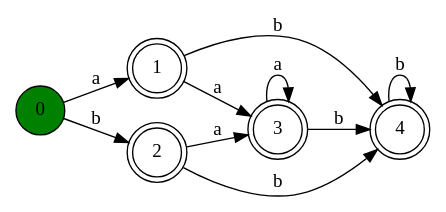
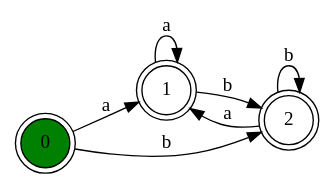
The diagram in dot.dot (titusse3/glushkov-automata), drawn with Graphviz before and after one commit. The commit also changed 3 other files, not shown here.

```diff
--- a/dot.dot
+++ b/dot.dot
@@ -1,27 +1,18 @@
 digraph {
     graph [rankdir=LR];
-    0 [shape=circle
+    0 [shape=doublecircle
       ,fillcolor=green
       ,style=filled];
     1 [shape=doublecircle
       ,fillcolor=white
       ,style=filled];
     2 [shape=doublecircle
       ,fillcolor=white
       ,style=filled];
-    3 [shape=doublecircle
-      ,fillcolor=white
-      ,style=filled];
-    4 [shape=doublecircle
-      ,fillcolor=white
-      ,style=filled];
     0 -> 1 [label=a];
     0 -> 2 [label=b];
-    1 -> 3 [label=a];
-    1 -> 4 [label=b];
-    2 -> 3 [label=a];
-    2 -> 4 [label=b];
-    3 -> 3 [label=a];
-    3 -> 4 [label=b];
-    4 -> 4 [label=b];
+    1 -> 1 [label=a];
+    1 -> 2 [label=b];
+    2 -> 1 [label=a];
+    2 -> 2 [label=b];
 }
```
